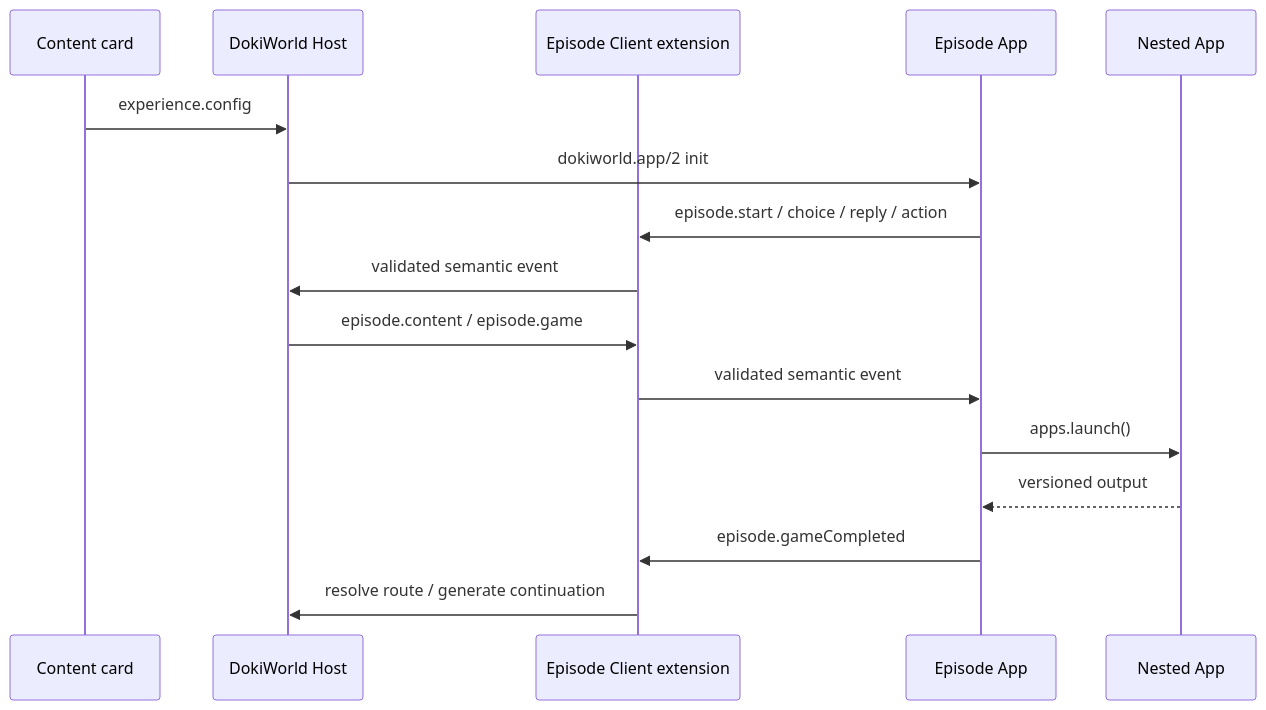
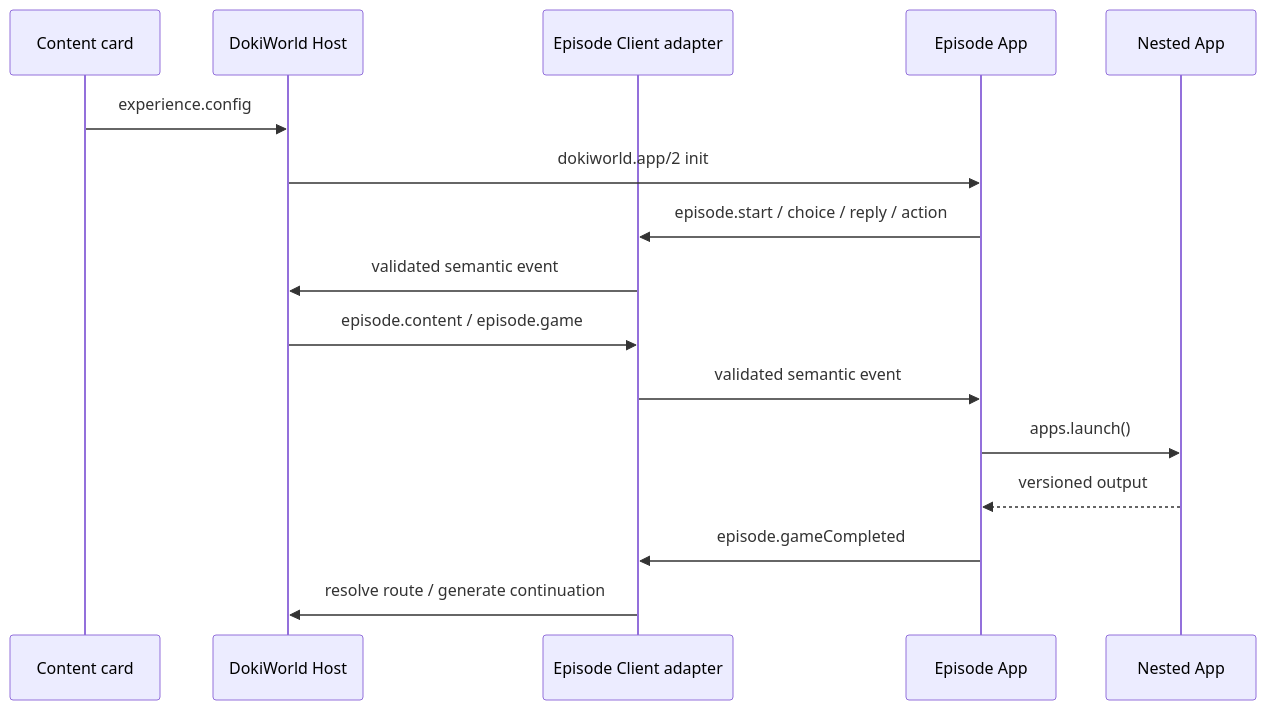
The diagram in app-sdk-app-development.zh-CN.md (raptoravis/dokiworld-apps), drawn with Mermaid before and after one commit. The commit also changed other lines of this file and 29 other files, not shown here.

````diff
--- a/app-sdk-app-development.zh-CN.md
+++ b/app-sdk-app-development.zh-CN.md
@@ -380,19 +380,19 @@
 ```mermaid
 sequenceDiagram
     participant Card as Content card
     participant Host as DokiWorld Host
-    participant EC as Episode Client extension
+    participant EC as Episode Client adapter
     participant App as Episode App
     participant Nested as Nested App
 
     Card->>Host: experience.config
     Host->>App: dokiworld.app/2 init
     App->>EC: episode.start / choice / reply / action
     EC->>Host: validated semantic event
     Host->>EC: episode.content / episode.game
     EC->>App: validated semantic event
     App->>Nested: apps.launch()
     Nested-->>App: versioned output
     App->>EC: episode.gameCompleted
     EC->>Host: resolve route / generate continuation
 ```
````
